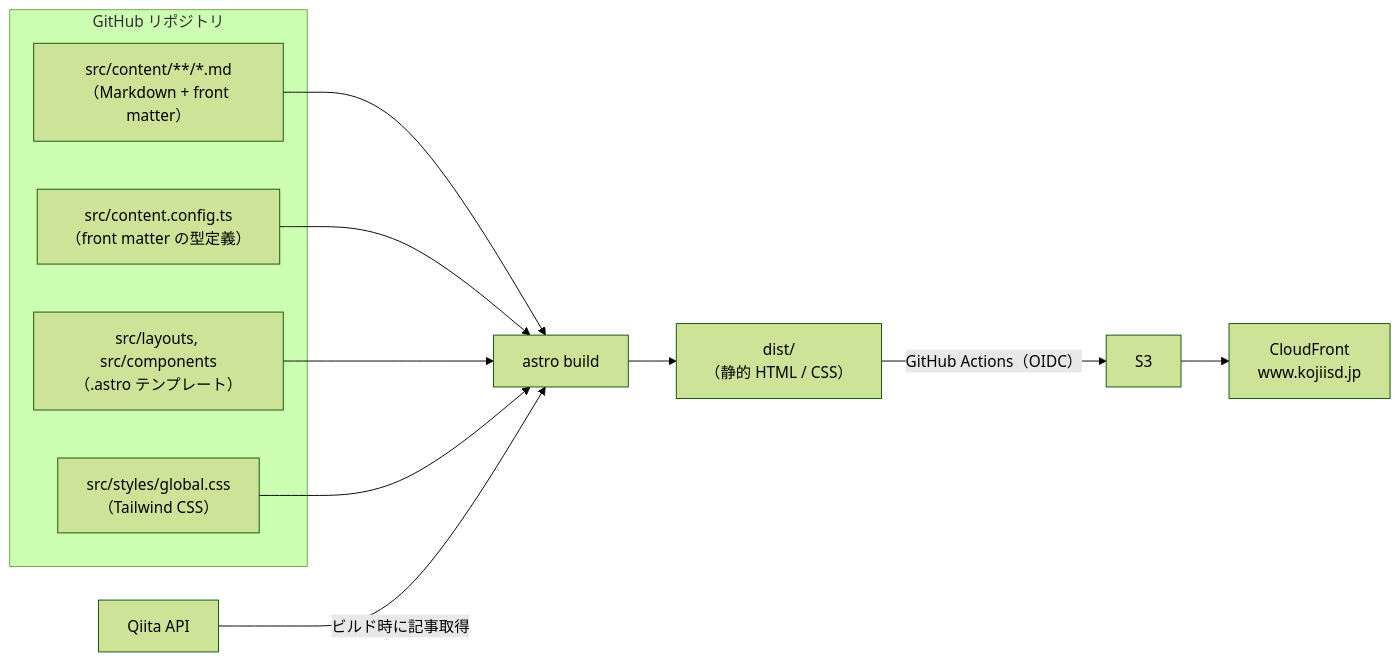
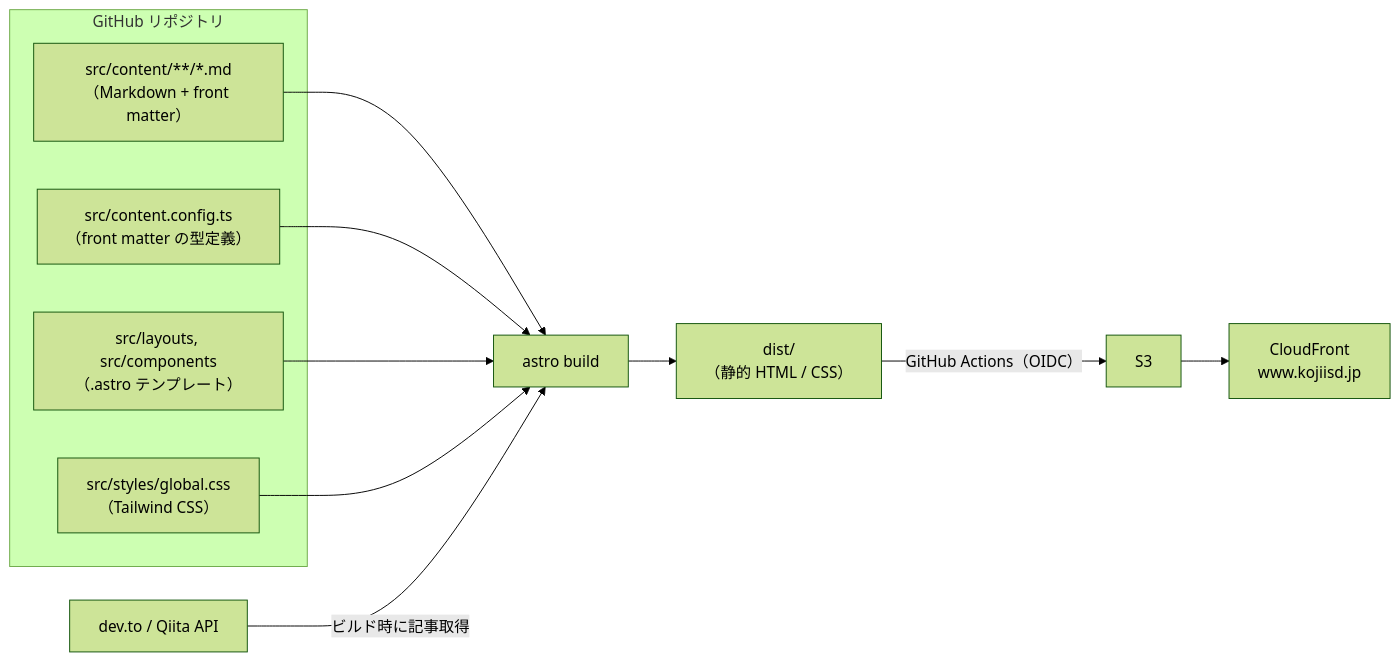
Before and after one commit to kojiisd/web-kojiisd: the first of 2 diagrams in README.md, drawn with Mermaid (forest theme). The commit also changed other lines of this file and 11 other files, not shown here.

````diff
--- a/README.md
+++ b/README.md
@@ -13,18 +13,18 @@
 ```mermaid
 flowchart LR
   subgraph repo["GitHub リポジトリ"]
     md["src/content/**/*.md<br/>（Markdown + front matter）"]
     schema["src/content.config.ts<br/>（front matter の型定義）"]
     tpl["src/layouts, src/components<br/>（.astro テンプレート）"]
     css["src/styles/global.css<br/>（Tailwind CSS）"]
   end
-  qiita["Qiita API"]
+  feeds["dev.to / Qiita API"]
   md --> build
   schema --> build
   tpl --> build
   css --> build
-  qiita -- ビルド時に記事取得 --> build
+  feeds -- ビルド時に記事取得 --> build
   build["astro build"] --> dist["dist/<br/>（静的 HTML / CSS）"]
   dist -- GitHub Actions（OIDC） --> s3["S3"]
   s3 --> cf["CloudFront<br/>www.kojiisd.jp"]
 ```
````
